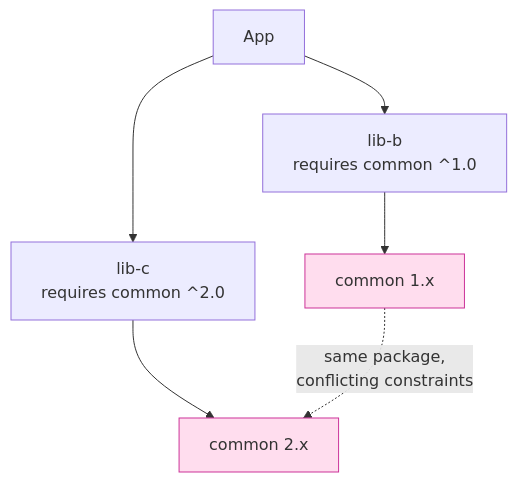
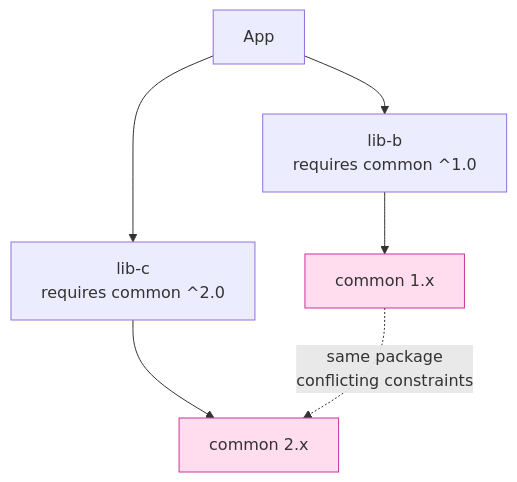
Before and after one commit to bumbsclaw/textbooks: the first of 6 diagrams in book-02-dependencies/ch02-versioning-resolution-lockfiles.md, drawn with Mermaid. The commit also changed 173 other files, not shown here.

First line of the commit message:
fix(mermaid): close note brackets, semicolons in Notes, stateDiagram br -> dash, edge parens

````diff
--- a/book-02-dependencies/ch02-versioning-resolution-lockfiles.md
+++ b/book-02-dependencies/ch02-versioning-resolution-lockfiles.md
@@ -231,10 +231,10 @@
 ```mermaid
 flowchart TD
     App["App"] --> B["lib-b<br/>requires common ^1.0"]
     App --> C["lib-c<br/>requires common ^2.0"]
     B --> D1["common 1.x"]
     C --> D2["common 2.x"]
-    D1 -.->|"same package,<br/>conflicting constraints"| D2
+    D1 -.->|"same package <br >conflicting constraints"| D2
     style D1 fill:#fde,stroke:#c39
     style D2 fill:#fde,stroke:#c39
 ```
````
